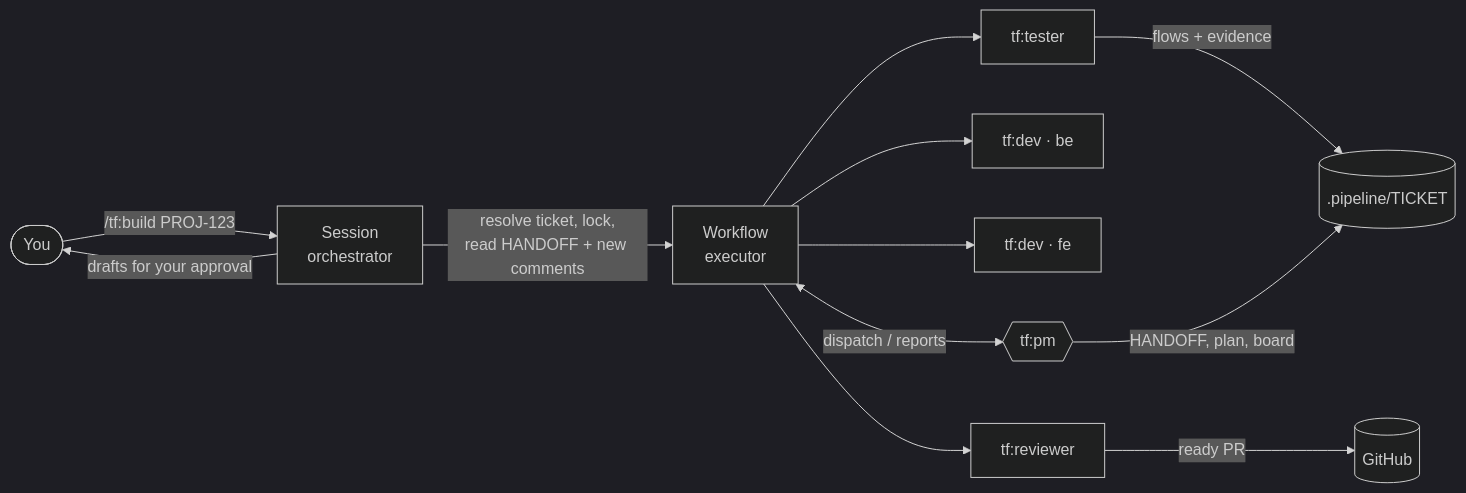
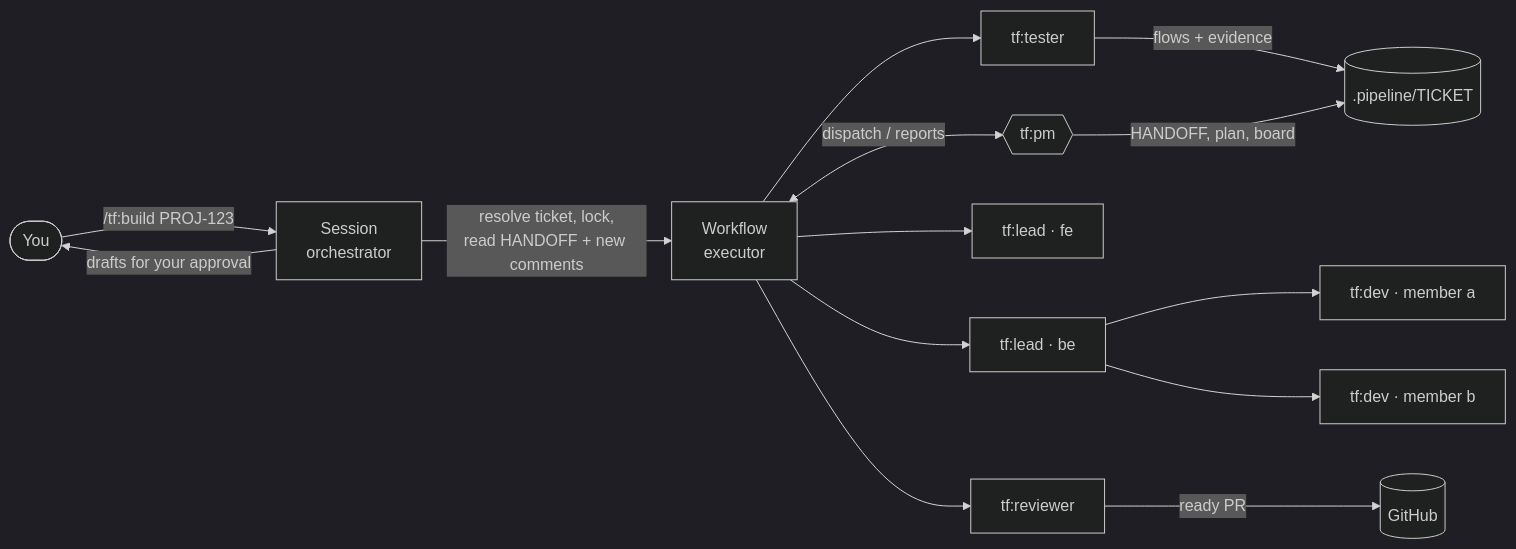
One commit to sdc-ren/sdc-claude changed the diagram in plugins/tf/README.md. Above: the diagram before and after it, drawn with Mermaid (dark theme). The commit also changed other lines of this file and 23 other files, not shown here.

First line of the commit message:
feat(tf): dev lead per repo, run metrics, faster tester — 1.3.0

````diff
--- a/plugins/tf/README.md
+++ b/plugins/tf/README.md
@@ -237,14 +239,16 @@
 ```mermaid
 flowchart LR
     U([You]) -->|/tf:build PROJ-123| O[Session<br/>orchestrator]
     O -->|resolve ticket, lock,<br/>read HANDOFF + new comments| W[Workflow<br/>executor]
     W <-->|dispatch / reports| PM{{tf:pm}}
-    W --> D1[tf:dev · be]
-    W --> D2[tf:dev · fe]
+    W --> D1[tf:lead · be]
+    W --> D2[tf:lead · fe]
+    D1 --> M1[tf:dev · member a]
+    D1 --> M2[tf:dev · member b]
     W --> T[tf:tester]
     W --> R[tf:reviewer]
     R -->|ready PR| GH[(GitHub)]
     T -->|flows + evidence| F[(.pipeline/TICKET)]
     PM -->|HANDOFF, plan, board| F
     O -->|drafts for your approval| U
 ```
````
